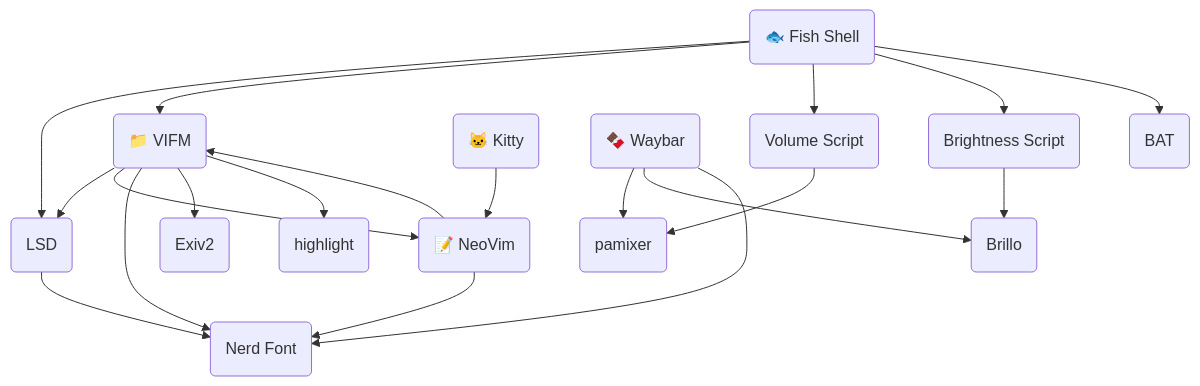
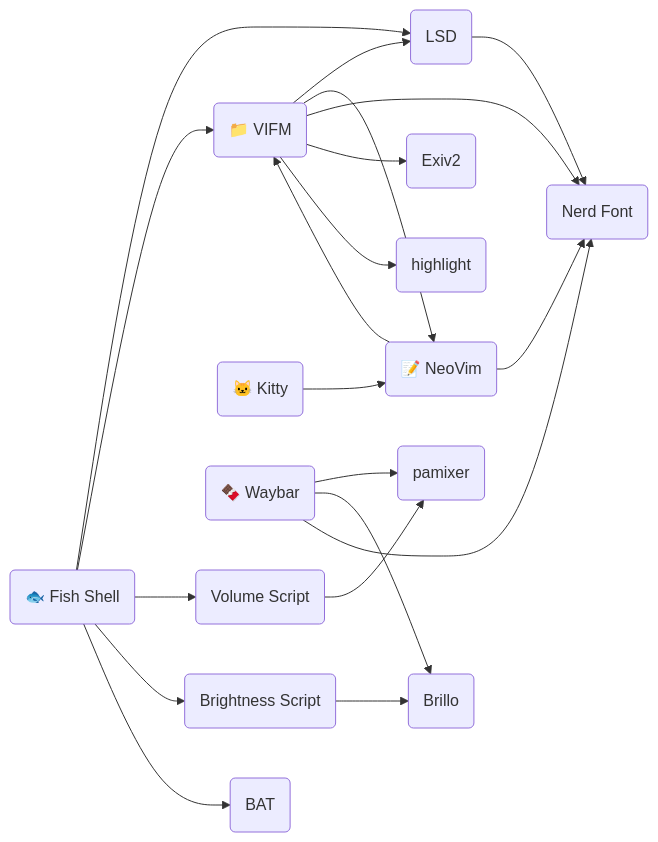
The diagram in README.md (MidHunterX/Hunter-OS), drawn with Mermaid before and after one commit.

Commit message:
📖 Chang: Horizontal Graph Direction

````diff
--- a/README.md
+++ b/README.md
@@ -267,37 +267,37 @@
 ```mermaid
-graph TD
+graph LR
 vifm(📁 VIFM)
 ls(LSD)
 cat(BAT)
 exif(Exiv2)
 syntax(highlight)
 nvim(📝 NeoVim)
 term(🐱 Kitty)
 fish(🐟 Fish Shell)
 volume(pamixer)
 backlight(Brillo)
 waybar(🍫 Waybar)
 nf(Nerd Font)
 vos(Volume Script)
 brs(Brightness Script)
 
 vifm --> ls
 vifm --> nvim
 vifm --> nf
 vifm --> exif
 vifm --> syntax
 fish --> ls
 ls --> nf
 fish --> vifm
 fish --> vos
 fish --> brs
 fish --> cat
 nvim --> vifm
 nvim --> nf
 term --> nvim
 waybar --> volume
 waybar --> backlight
 waybar --> nf
 vos --> volume
 brs --> backlight
 ```
````
